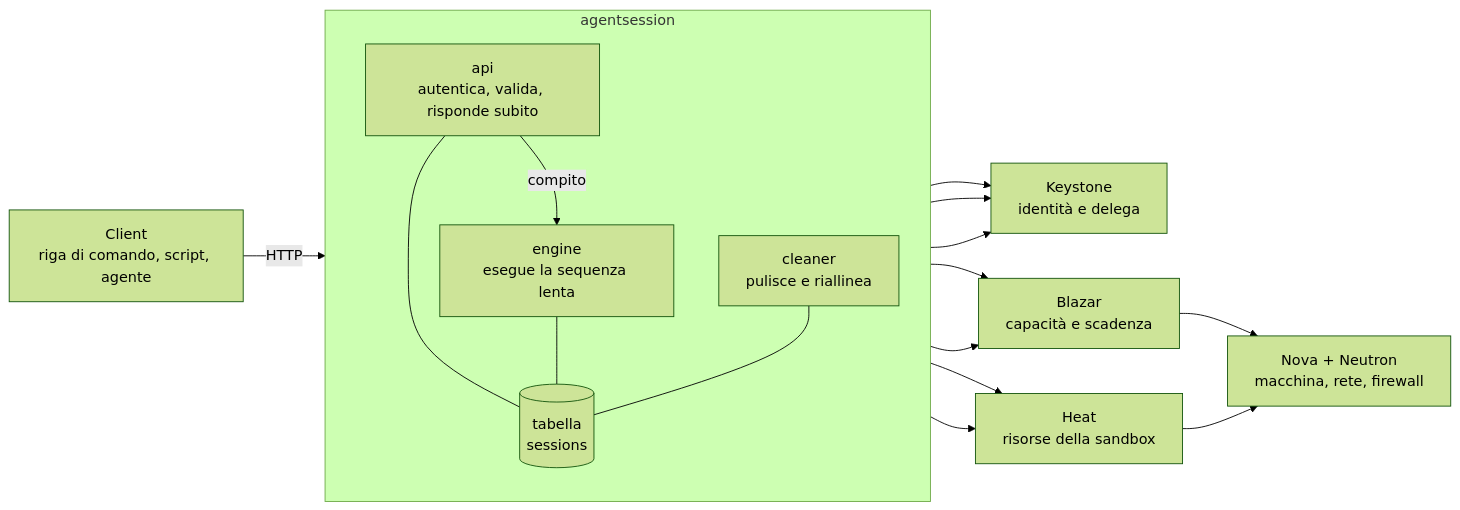
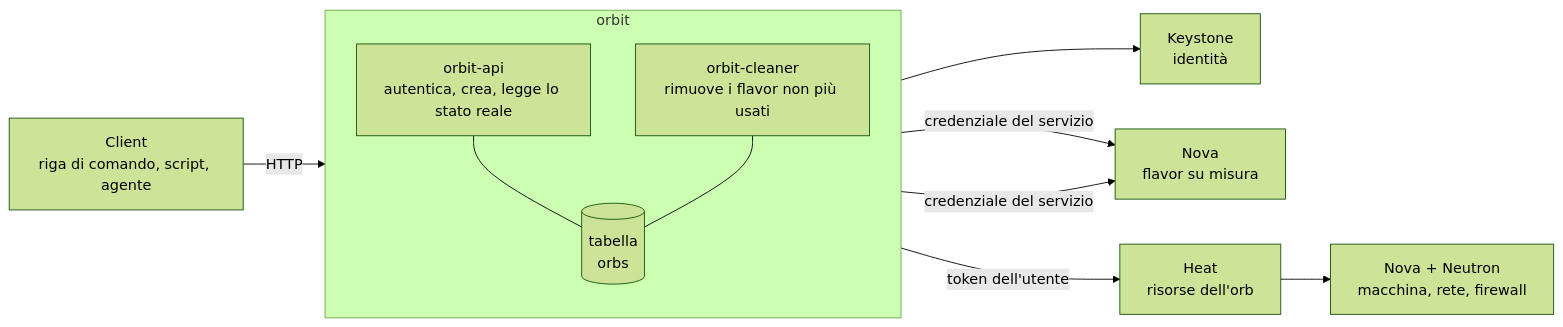
Before and after one commit to taekwondodev/orbit: the first of 3 diagrams in README.md, drawn with Mermaid (forest theme). The commit also changed other lines of this file and 12 other files, not shown here.

First line of the commit message:
Rinomina il servizio in orbit e toglie la scadenza

````diff
--- a/README.md
+++ b/README.md
@@ -44,32 +43,25 @@
 ```mermaid
 flowchart LR
     client["Client<br/>riga di comando, script, agente"]
 
-    subgraph svc["agentsession"]
+    subgraph svc["orbit"]
         direction TB
-        api["api<br/>autentica, valida, risponde subito"]
-        eng["engine<br/>esegue la sequenza lenta"]
-        cln["cleaner<br/>pulisce e riallinea"]
-        db[("tabella<br/>sessions")]
+        api["orbit-api<br/>autentica, crea, legge lo stato reale"]
+        cln["orbit-cleaner<br/>rimuove i flavor non più usati"]
+        db[("tabella<br/>orbs")]
     end
 
-    ks["Keystone<br/>identità e delega"]
-    blz["Blazar<br/>capacità e scadenza"]
-    heat["Heat<br/>risorse della sandbox"]
+    ks["Keystone<br/>identità"]
+    nova["Nova<br/>flavor su misura"]
+    heat["Heat<br/>risorse dell'orb"]
     infra["Nova + Neutron<br/>macchina, rete, firewall"]
 
     client -->|HTTP| api
-    api -->|compito| eng
     api --- db
-    eng --- db
     cln --- db
     api --> ks
-    eng --> ks
-    cln --> ks
-    eng --> blz
-    cln --> blz
-    eng --> heat
-    cln --> heat
-    blz --> infra
+    api -->|credenziale del servizio| nova
+    cln -->|credenziale del servizio| nova
+    api -->|token dell'utente| heat
     heat --> infra
 ```
````
